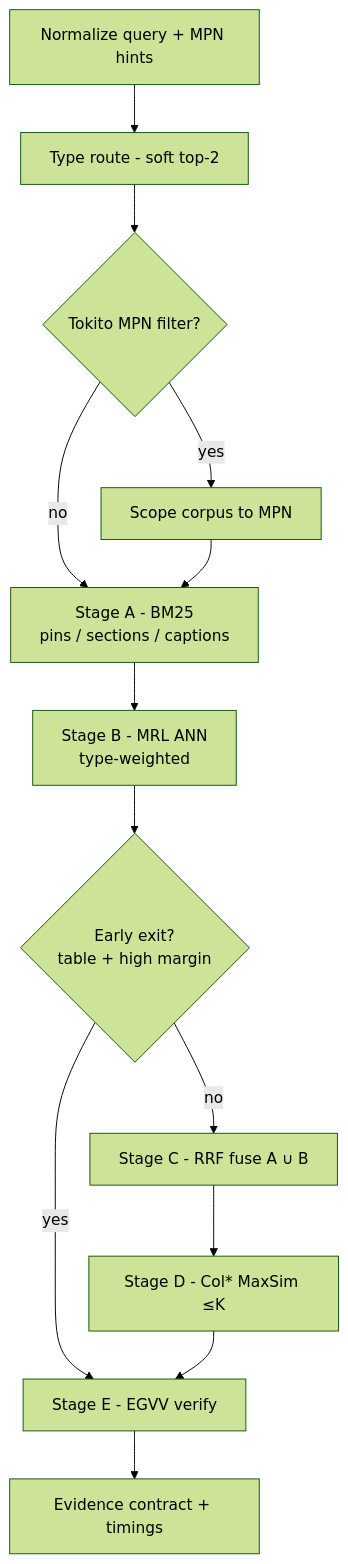
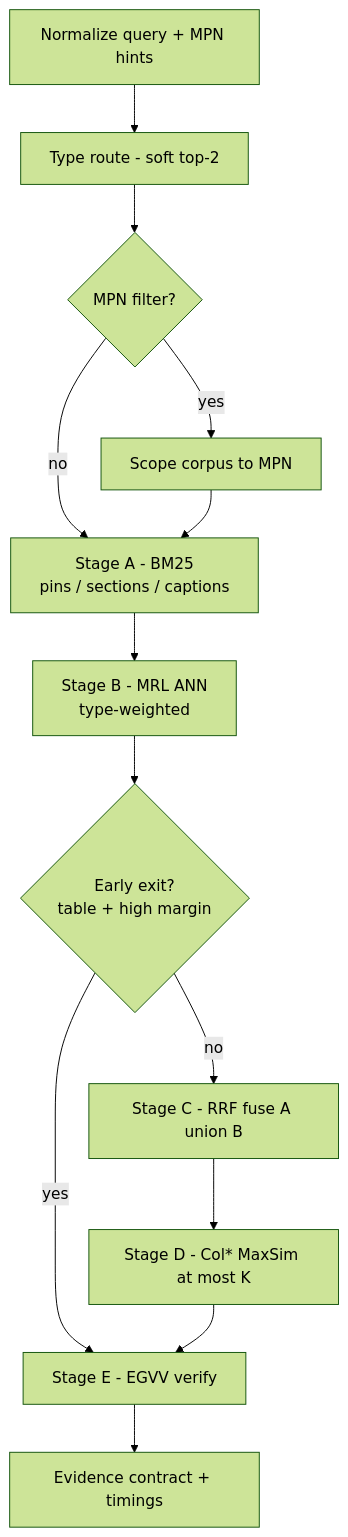
One commit to TokitoAI/tokito-dsvire changed the sixth of 6 diagrams in docs/TECHNICAL_BIBLE.md. Above: the diagram before and after it, drawn with Mermaid (forest theme). The commit also changed other lines of this file and 4 other files, not shown here.

First line of the commit message:
docs: public-facing rewrite and fix Mermaid IDs

````diff
--- a/docs/TECHNICAL_BIBLE.md
+++ b/docs/TECHNICAL_BIBLE.md
@@ -435,15 +390,15 @@
 ```mermaid
 flowchart TD
   q[Normalize query + MPN hints] --> route[Type route - soft top-2]
-  route --> filter{Tokito MPN filter?}
+  route --> filter{MPN filter?}
   filter -->|yes| scoped[Scope corpus to MPN]
   filter -->|no| stageA
   scoped --> stageA[Stage A - BM25<br/>pins / sections / captions]
   stageA --> stageB[Stage B - MRL ANN<br/>type-weighted]
   stageB --> early{Early exit?<br/>table + high margin}
   early -->|yes| verify
-  early -->|no| stageC[Stage C - RRF fuse A ∪ B]
-  stageC --> stageD[Stage D - Col* MaxSim ≤K]
+  early -->|no| stageC[Stage C - RRF fuse A union B]
+  stageC --> stageD[Stage D - Col* MaxSim at most K]
   stageD --> verify[Stage E - EGVV verify]
   verify --> out[Evidence contract + timings]
 ```
````
